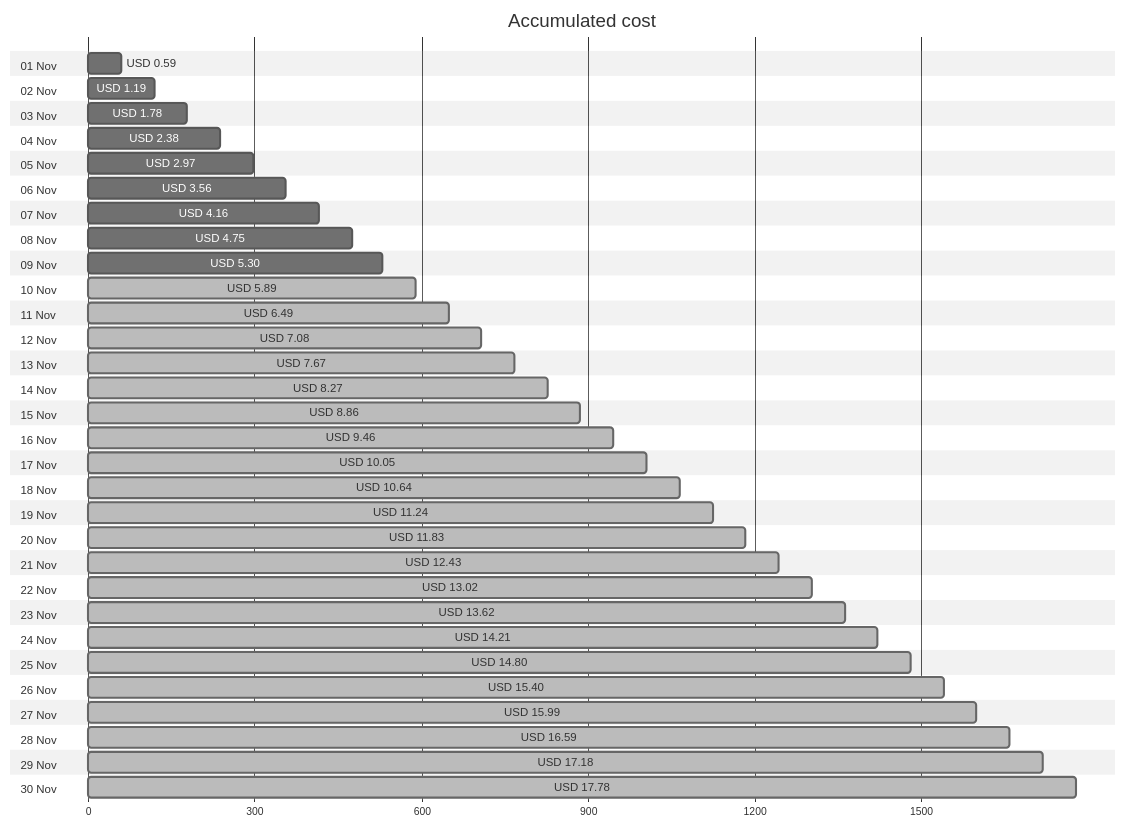
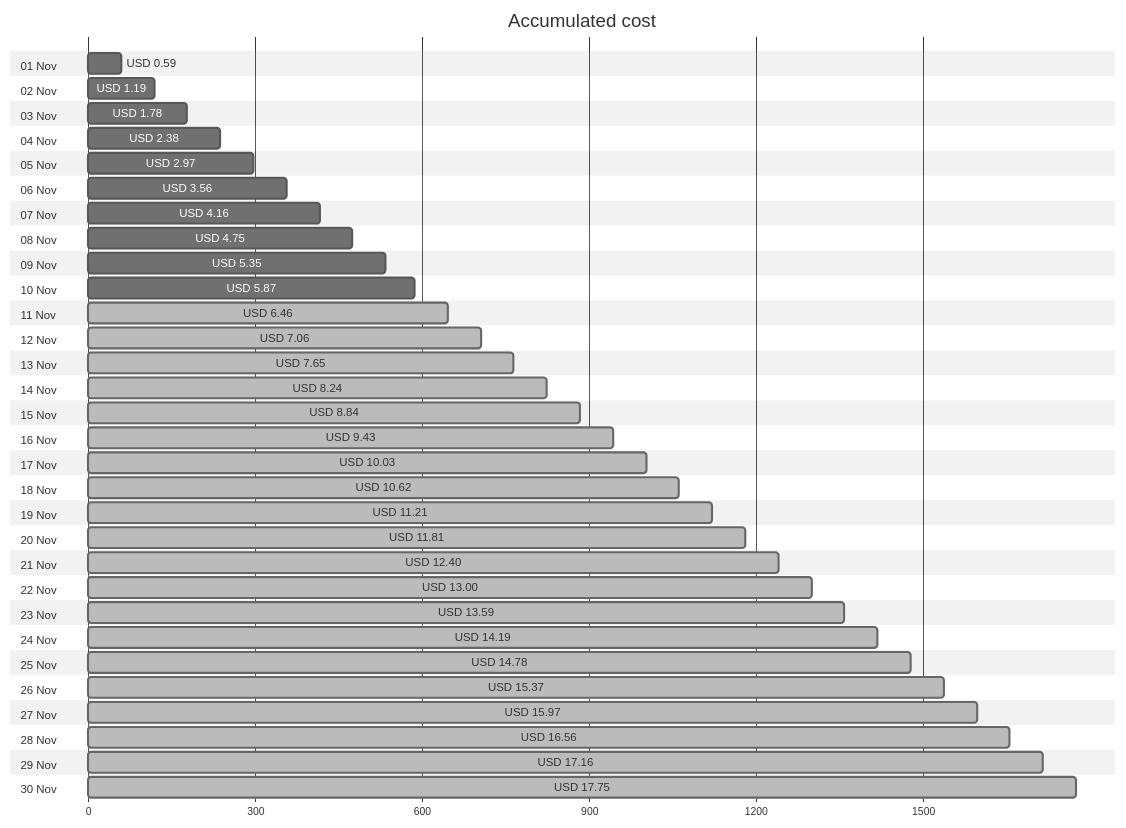
One commit to jpfulton/azure-personal-reports changed the first of 4 diagrams in cost-reports/personal-site/README.md. Above: the diagram before and after it, drawn with Mermaid (neutral theme). The commit also changed other lines of this file and 7 other files, not shown here.

````diff
--- a/cost-reports/personal-site/README.md
+++ b/cost-reports/personal-site/README.md
@@ -20,66 +20,66 @@
 ```mermaid
 gantt
    title Accumulated cost
    dateFormat  X
    axisFormat %s
    section 01 Nov
    USD 0.59 :0, 59
    section 02 Nov
    USD 1.19 :0, 119
    section 03 Nov
    USD 1.78 :0, 178
    section 04 Nov
    USD 2.38 :0, 238
    section 05 Nov
    USD 2.97 :0, 297
    section 06 Nov
    USD 3.56 :0, 356
    section 07 Nov
    USD 4.16 :0, 416
    section 08 Nov
    USD 4.75 :0, 475
    section 09 Nov
-   USD 5.30 :0, 530
+   USD 5.35 :0, 535
    section 10 Nov
-   USD 5.89 : done, 0, 589
+   USD 5.87 :0, 587
    section 11 Nov
-   USD 6.49 : done, 0, 649
+   USD 6.46 : done, 0, 646
    section 12 Nov
-   USD 7.08 : done, 0, 708
+   USD 7.06 : done, 0, 706
    section 13 Nov
-   USD 7.67 : done, 0, 767
+   USD 7.65 : done, 0, 765
    section 14 Nov
-   USD 8.27 : done, 0, 827
+   USD 8.24 : done, 0, 824
    section 15 Nov
-   USD 8.86 : done, 0, 886
+   USD 8.84 : done, 0, 884
    section 16 Nov
-   USD 9.46 : done, 0, 946
+   USD 9.43 : done, 0, 943
    section 17 Nov
-   USD 10.05 : done, 0, 1005
+   USD 10.03 : done, 0, 1003
    section 18 Nov
-   USD 10.64 : done, 0, 1064
+   USD 10.62 : done, 0, 1062
    section 19 Nov
-   USD 11.24 : done, 0, 1124
+   USD 11.21 : done, 0, 1121
    section 20 Nov
-   USD 11.83 : done, 0, 1183
+   USD 11.81 : done, 0, 1181
    section 21 Nov
-   USD 12.43 : done, 0, 1243
+   USD 12.40 : done, 0, 1240
    section 22 Nov
-   USD 13.02 : done, 0, 1302
+   USD 13.00 : done, 0, 1300
    section 23 Nov
-   USD 13.62 : done, 0, 1362
+   USD 13.59 : done, 0, 1359
    section 24 Nov
-   USD 14.21 : done, 0, 1421
+   USD 14.19 : done, 0, 1419
    section 25 Nov
-   USD 14.80 : done, 0, 1480
+   USD 14.78 : done, 0, 1478
    section 26 Nov
-   USD 15.40 : done, 0, 1540
+   USD 15.37 : done, 0, 1537
    section 27 Nov
-   USD 15.99 : done, 0, 1599
+   USD 15.97 : done, 0, 1597
    section 28 Nov
-   USD 16.59 : done, 0, 1659
+   USD 16.56 : done, 0, 1656
    section 29 Nov
-   USD 17.18 : done, 0, 1718
+   USD 17.16 : done, 0, 1716
    section 30 Nov
-   USD 17.78 : done, 0, 1778
+   USD 17.75 : done, 0, 1775
 ```
````
